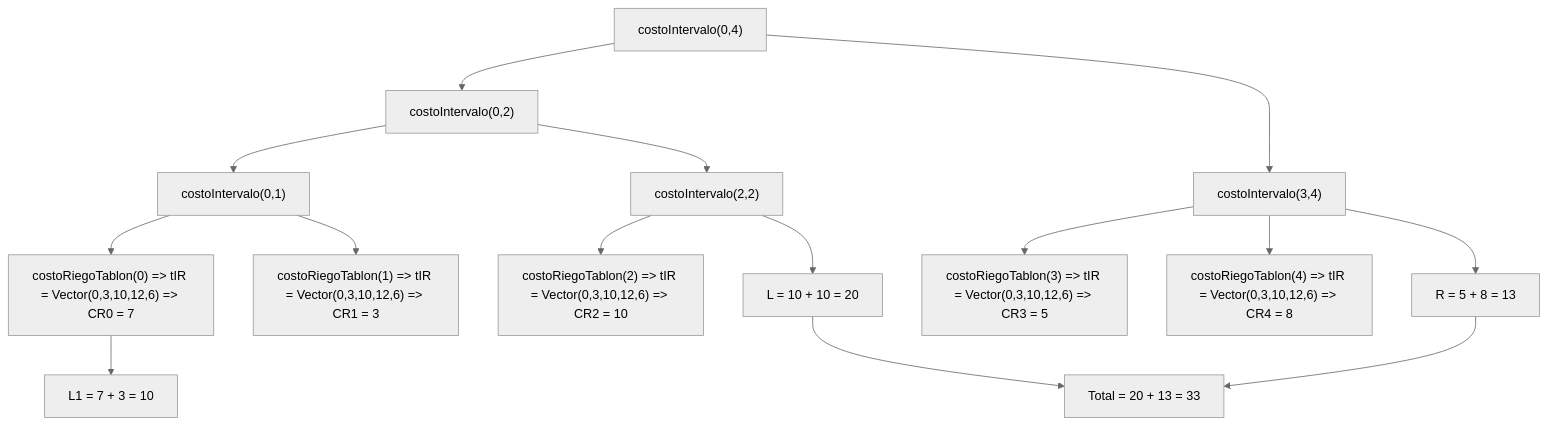
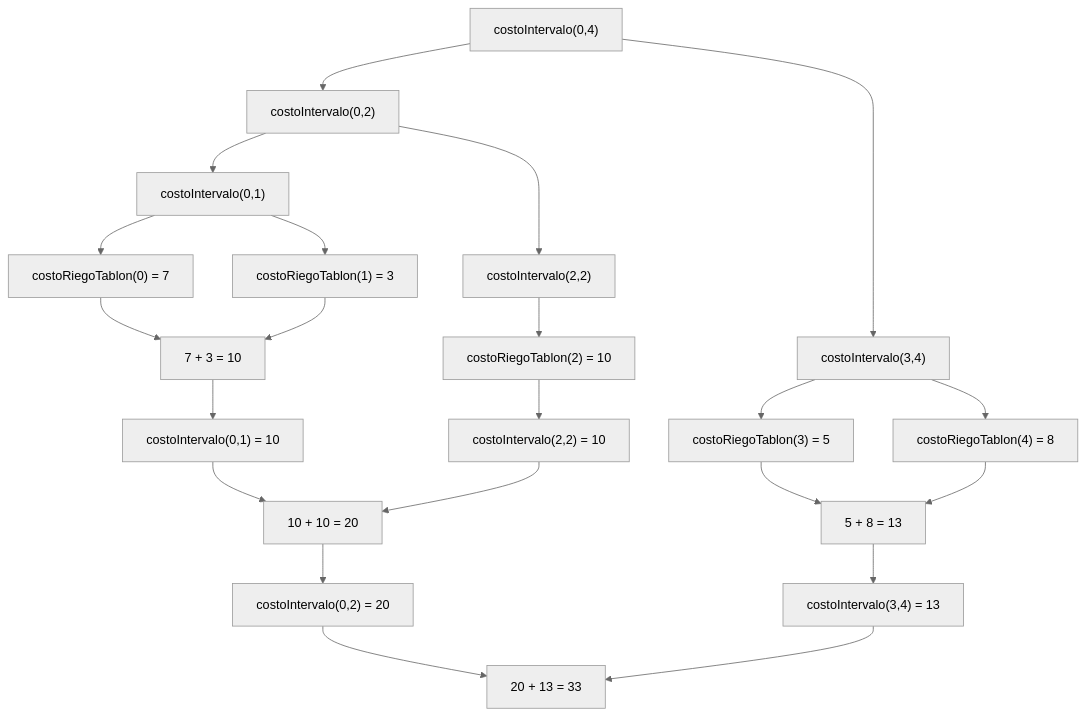
One commit to 2025-II-PFC-FLP/proyecto-final-pfc-2025-ii-master-final changed the third of 5 diagrams in docs/informeProceso.md. Above: the diagram before and after it, drawn with Mermaid (neutral theme).

Commit message:
ajustes diagrama proceso costoRiegoFincaPar

`````diff
--- a/docs/informeProceso.md
+++ b/docs/informeProceso.md
@@ -252,25 +252,34 @@
 ````mermaid
 graph TD
   CostoTotal["costoIntervalo(0,4)"]
   CostoTotal --> L["costoIntervalo(0,2)"]
   CostoTotal --> R["costoIntervalo(3,4)"]
 
   L --> L1["costoIntervalo(0,1)"]
   L --> L2["costoIntervalo(2,2)"]
 
-  L1 --> A0["costoRiegoTablon(0) => tIR = Vector(0,3,10,12,6) => CR0 = 7"]
-  L1 --> A1["costoRiegoTablon(1) => tIR = Vector(0,3,10,12,6) => CR1 = 3"]
+  L1 --> A0["costoRiegoTablon(0) = 7"]
+  L1 --> A1["costoRiegoTablon(1) = 3"]
 
-  L2 --> B2["costoRiegoTablon(2) => tIR = Vector(0,3,10,12,6) => CR2 = 10"]
+  L2 --> B2["costoRiegoTablon(2) = 10"]
 
-  R --> R0["costoRiegoTablon(3) => tIR = Vector(0,3,10,12,6) => CR3 = 5"]
-  R --> R1["costoRiegoTablon(4) => tIR = Vector(0,3,10,12,6) => CR4 = 8"]
+  R --> R0["costoRiegoTablon(3) = 5"]
+  R --> R1["costoRiegoTablon(4) = 8"]
 
   %% valores finales
-  A0 --> SumA1["L1 = 7 + 3 = 10"]
-  L2 --> SumL["L = 10 + 10 = 20"]
-  R --> SumR["R = 5 + 8 = 13"]
-  SumL --> Total["Total = 20 + 13 = 33"]
-  SumR --> Total
-
+  A0 --> SumA["7 + 3 = 10"]
+  A1 --> SumA
+  SumA --> ResL1["costoIntervalo(0,1) = 10"]
+  B2 --> ResL2["costoIntervalo(2,2) = 10"]
+  ResL1 --> SumL["10 + 10 = 20"]
+  ResL2 --> SumL
+  SumL --> ResL["costoIntervalo(0,2) = 20"]
+  
+  R0 --> SumR["5 + 8 = 13"]
+  R1 --> SumR
+  SumR --> ResR["costoIntervalo(3,4) = 13"]
+  
+  %% Total
+  ResL --> Total["20 + 13 = 33"]
+  ResR --> Total
 ````
`````
